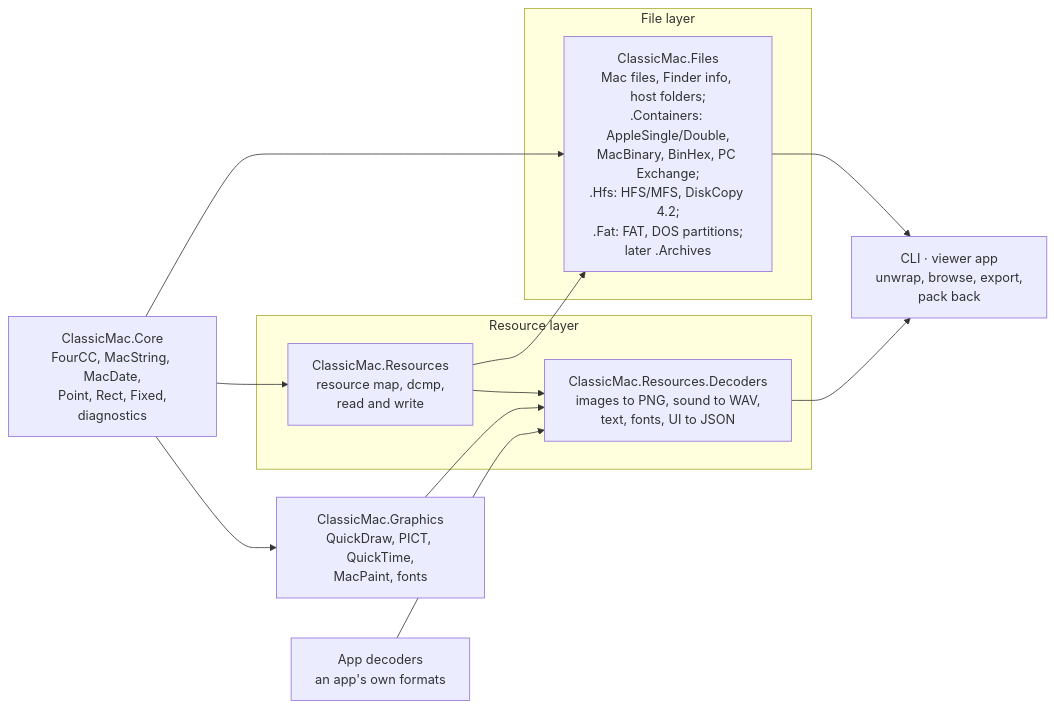
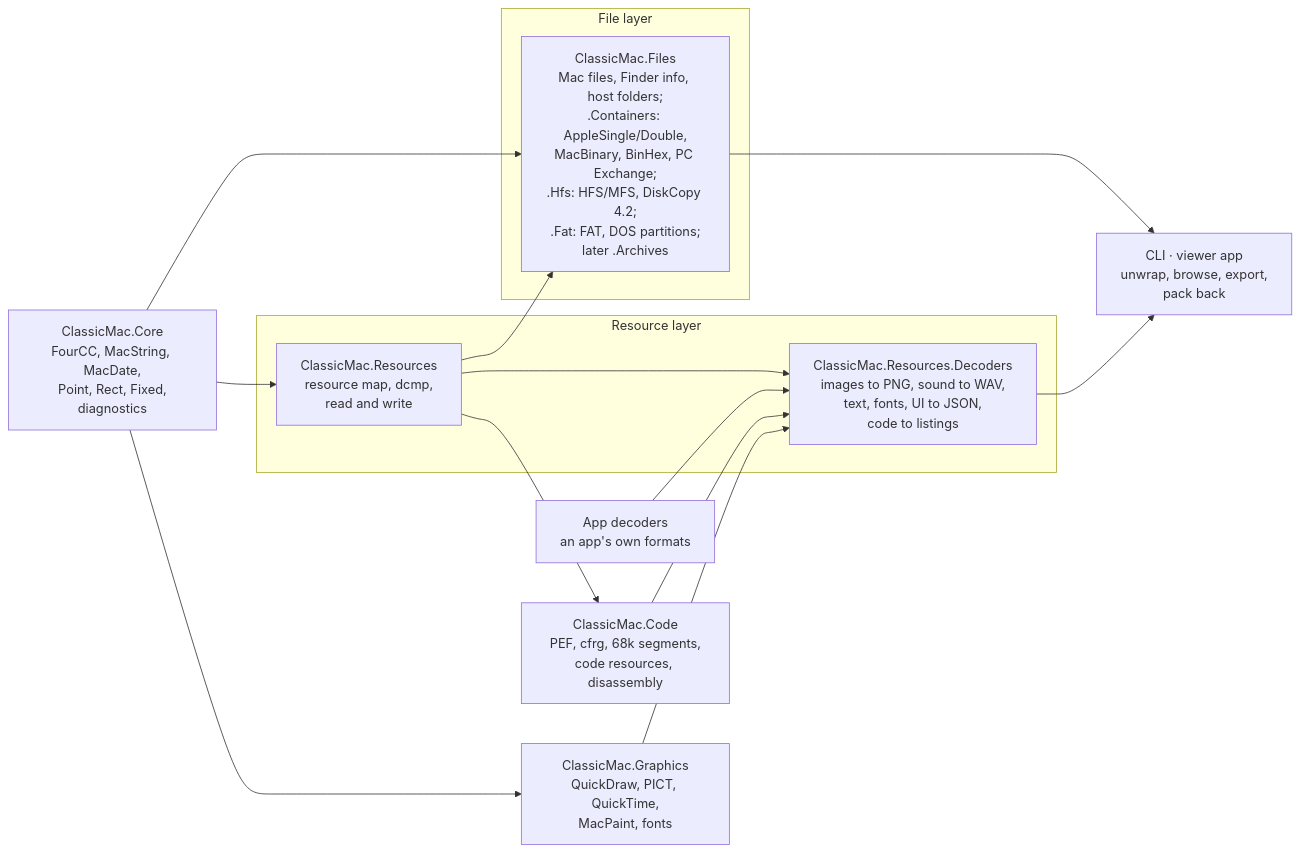
Before and after one commit to inexin/ClassicMac: the diagram in docs/PLAN.md, drawn with Mermaid. The commit also changed other lines of this file and 5 other files, not shown here.

````diff
--- a/docs/PLAN.md
+++ b/docs/PLAN.md
@@ -325,18 +327,20 @@
 ```mermaid
 flowchart LR
     B["ClassicMac.Core<br/>FourCC, MacString, MacDate,<br/>Point, Rect, Fixed,<br/>diagnostics"]
     subgraph filelayer["File layer"]
         F["ClassicMac.Files<br/>Mac files, Finder info, host folders;<br/>.Containers: AppleSingle/Double,<br/>MacBinary, BinHex, PC Exchange;<br/>.Hfs: HFS/MFS, DiskCopy 4.2;<br/>.Fat: FAT, DOS partitions;<br/>later .Archives"]
     end
     subgraph resourcelayer["Resource layer"]
         M["ClassicMac.Resources<br/>resource map, dcmp,<br/>read and write"]
-        D["ClassicMac.Resources.Decoders<br/>images to PNG, sound to WAV,<br/>text, fonts, UI to JSON"]
+        D["ClassicMac.Resources.Decoders<br/>images to PNG, sound to WAV,<br/>text, fonts, UI to JSON,<br/>code to listings"]
     end
     E["CLI · viewer app<br/>unwrap, browse, export,<br/>pack back"]
     B --> F & M & Q
     M --> F
     M --> D
     F & D --> E
     Q["ClassicMac.Graphics<br/>QuickDraw, PICT, QuickTime,<br/>MacPaint, fonts"] --> D
+    M --> C["ClassicMac.Code<br/>PEF, cfrg, 68k segments,<br/>code resources, disassembly"]
+    C --> D
     A["App decoders<br/>an app's own formats"] --> D
 ```
````
